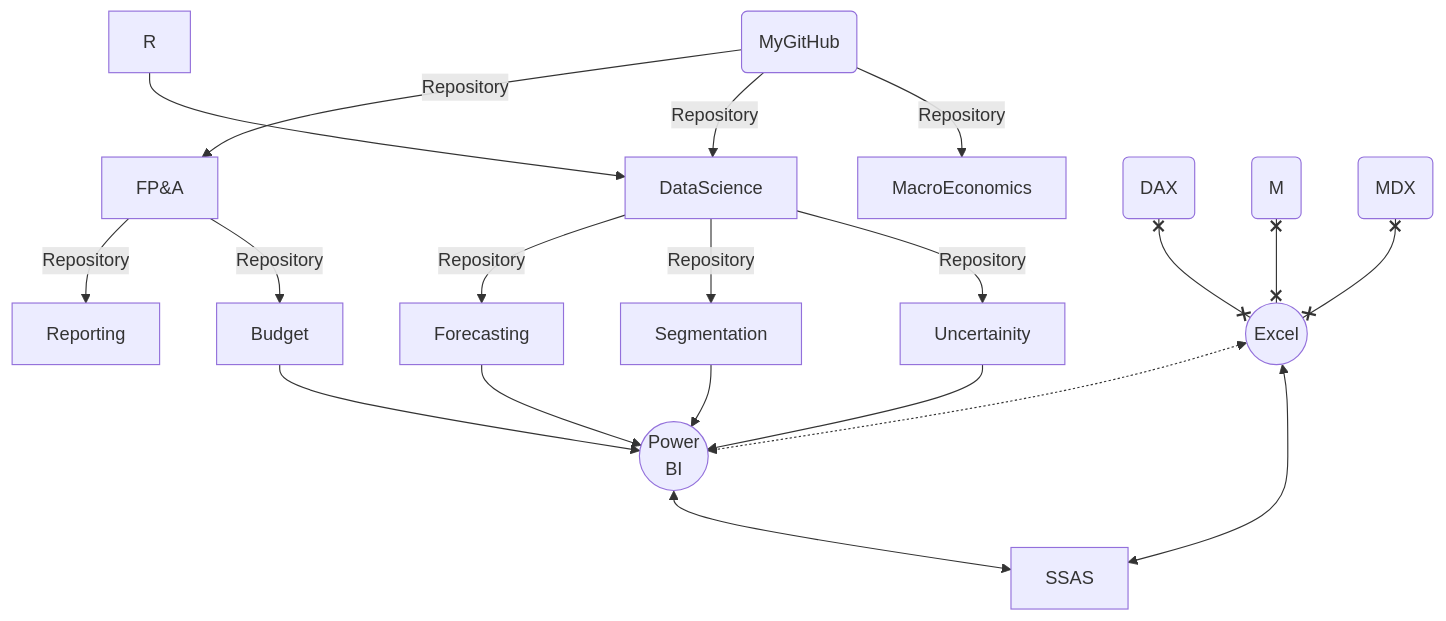
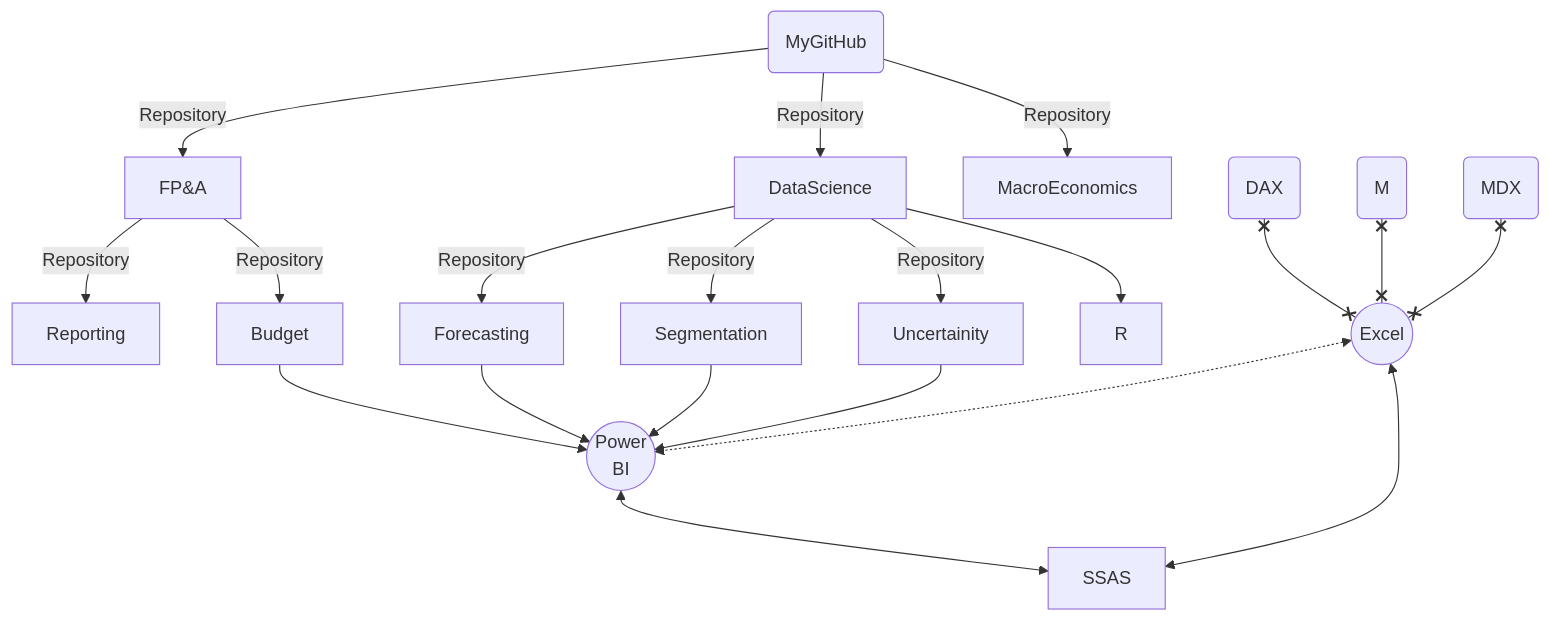
Before and after one commit to md3629/md3629: the diagram in README.md, drawn with Mermaid.

````diff
--- a/README.md
+++ b/README.md
@@ -4,24 +4,24 @@
 ```mermaid
 graph TD;
     my(MyGitHub)-->|Repository|FP&A;
     FP&A-->|Repository|Reporting;
     FP&A-->|Repository|Budget;
     
     my(MyGitHub)-->|Repository|DataScience;
     
     my(MyGitHub)-->|Repository|MacroEconomics;
     DataScience--Repository-->Forecasting;
     DataScience--Repository-->Segmentation;
     DataScience--Repository-->Uncertainity;
     Uncertainity-->P((Power<br>BI));
     Forecasting-->P((Power<br>BI));
     Segmentation-->P((Power<br>BI));
     Budget-->P((Power<br>BI));
     D(DAX)x--xE((Excel));
     M(M)x--xE((Excel));
     E((Excel))<-.->P((Power<br>BI));
     A(MDX)x--xE((Excel));
     E((Excel))<-->SSAS;
     P((Power<br>BI))<-->SSAS;
-    R-->DataScience;
+    DataScience-->R;
 ```
````
